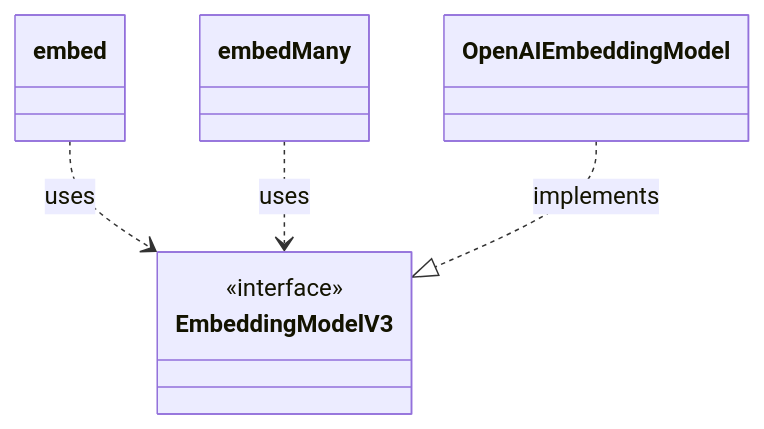
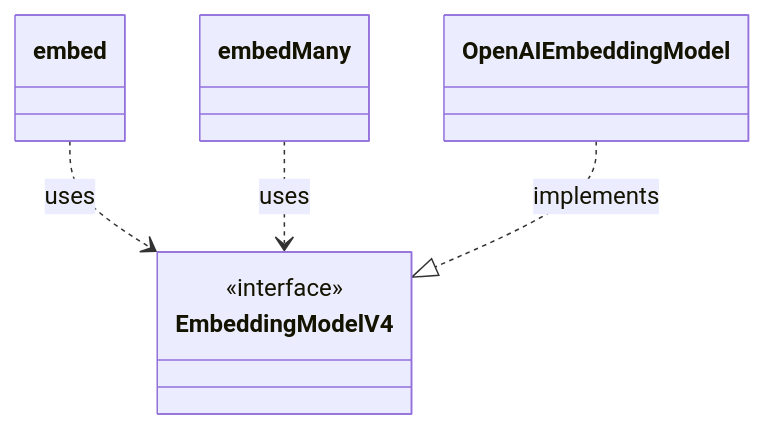
The third of 8 diagrams in architecture/provider-abstraction.md (vercel/ai), drawn with Mermaid before and after one commit. The commit also changed other lines of this file and 30 other files, not shown here.

````diff
--- a/architecture/provider-abstraction.md
+++ b/architecture/provider-abstraction.md
@@ -68,13 +68,13 @@
 ```mermaid
 classDiagram
     class embed
     class embedMany
-    class EmbeddingModelV3 {
+    class EmbeddingModelV4 {
       <<interface>>
     }
     class OpenAIEmbeddingModel
 
-    embed ..> EmbeddingModelV3 : uses
-    embedMany ..> EmbeddingModelV3 : uses
-    OpenAIEmbeddingModel ..|> EmbeddingModelV3 : implements
+    embed ..> EmbeddingModelV4 : uses
+    embedMany ..> EmbeddingModelV4 : uses
+    OpenAIEmbeddingModel ..|> EmbeddingModelV4 : implements
 ```
````
